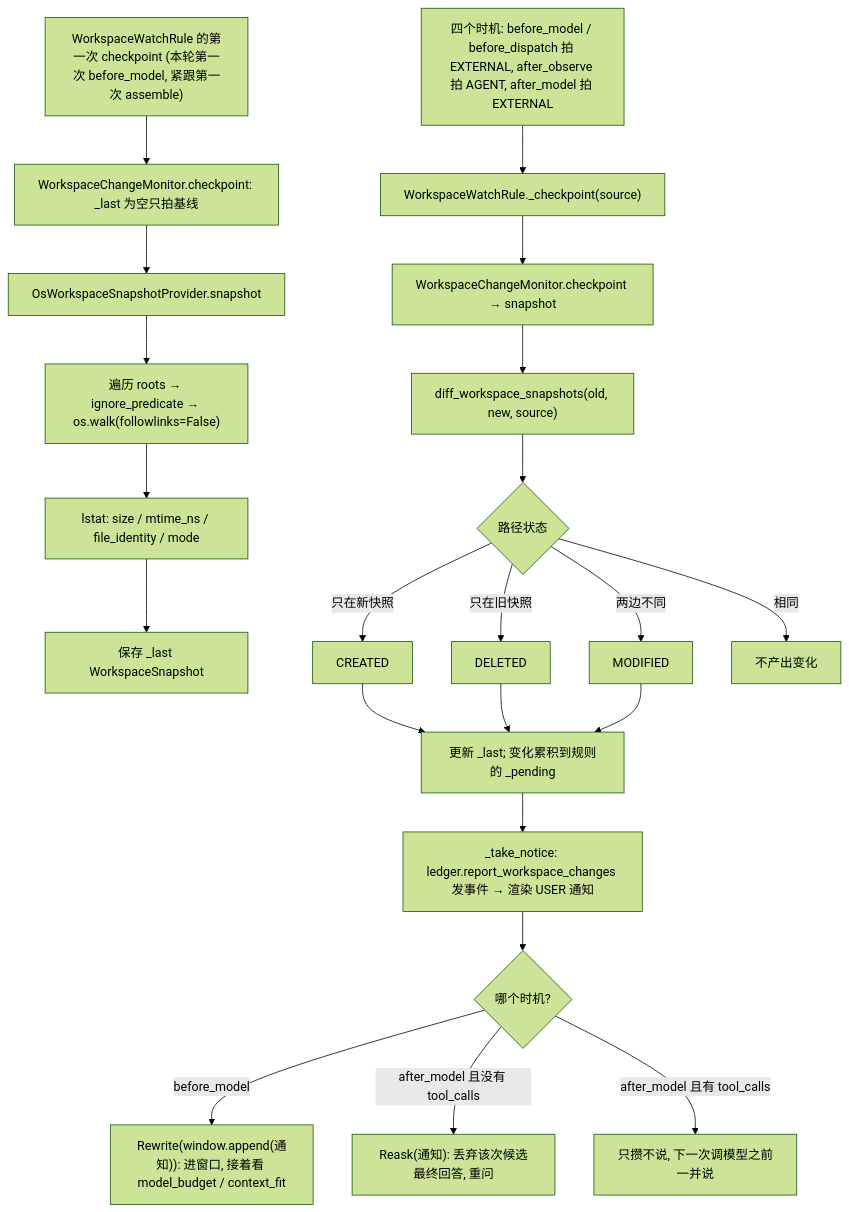
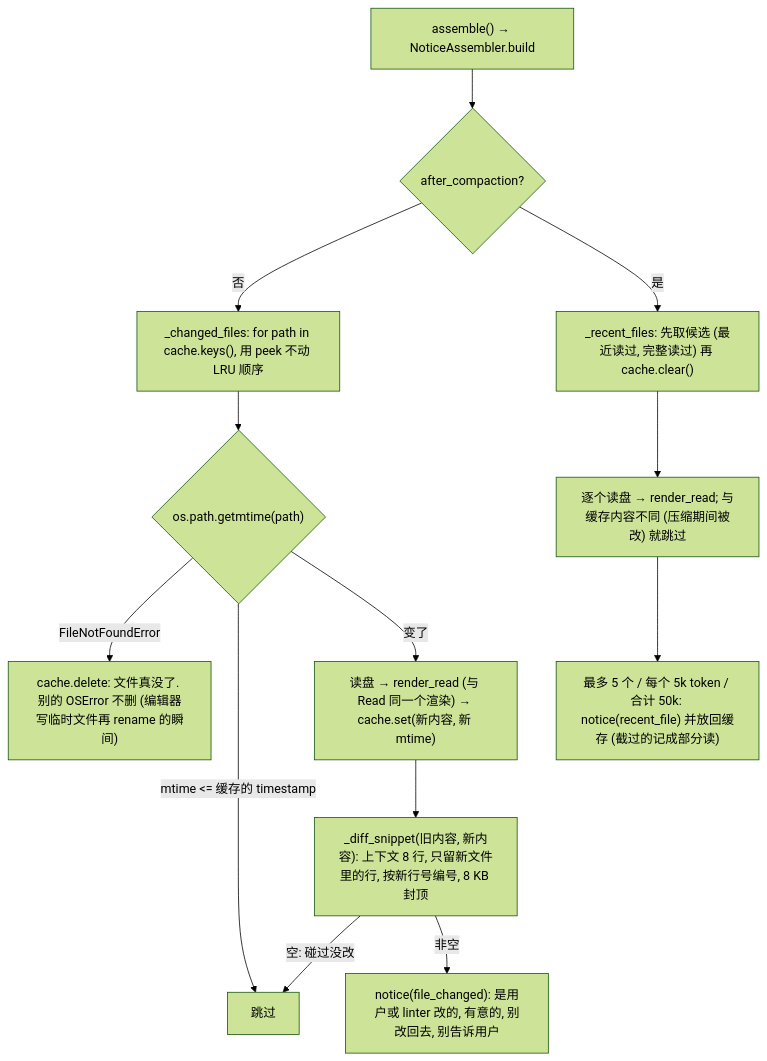
One commit to qubaolai/ForgeCLI changed diagram 18 of 53 in docs/06-代码阅读线路.md. Above: the diagram before and after it, drawn with Mermaid (forest theme). The commit also changed other lines of this file and 54 other files, not shown here.

````diff
--- a/docs/06-代码阅读线路.md
+++ b/docs/06-代码阅读线路.md
@@ -803,24 +804,15 @@
 ```mermaid
 flowchart TD
-    A["WorkspaceWatchRule 的第一次 checkpoint (本轮第一次 before_model, 紧跟第一次 assemble)"] --> B["WorkspaceChangeMonitor.checkpoint: _last 为空只拍基线"]
-    B --> C["OsWorkspaceSnapshotProvider.snapshot"]
-    C --> D["遍历 roots → ignore_predicate → os.walk(followlinks=False)"]
-    D --> E["lstat: size / mtime_ns / file_identity / mode"]
-    E --> F["保存 _last WorkspaceSnapshot"]
-    G["四个时机: before_model / before_dispatch 拍 EXTERNAL, after_observe 拍 AGENT, after_model 拍 EXTERNAL"] --> H["WorkspaceWatchRule._checkpoint(source)"]
-    H --> I["WorkspaceChangeMonitor.checkpoint → snapshot"]
-    I --> J["diff_workspace_snapshots(old, new, source)"]
-    J --> K{"路径状态"}
-    K -->|只在新快照| L["CREATED"]
-    K -->|只在旧快照| M["DELETED"]
-    K -->|两边不同| N["MODIFIED"]
-    K -->|相同| O["不产出变化"]
-    L --> P["更新 _last; 变化累积到规则的 _pending"]
-    M --> P
-    N --> P
-    P --> Q["_take_notice: ledger.report_workspace_changes 发事件 → 渲染 USER 通知"]
-    Q --> R{"哪个时机?"}
-    R -->|before_model| S["Rewrite(window.append(通知)): 进窗口, 接着看 model_budget / context_fit"]
-    R -->|after_model 且没有 tool_calls| T["Reask(通知): 丢弃该次候选最终回答, 重问"]
-    R -->|after_model 且有 tool_calls| U["只攒不说, 下一次调模型之前一并说"]
+    A["assemble() → NoticeAssembler.build"] --> B{"after_compaction?"}
+    B -->|否| C["_changed_files: for path in cache.keys(), 用 peek 不动 LRU 顺序"]
+    C --> D{"os.path.getmtime(path)"}
+    D -->|FileNotFoundError| E["cache.delete: 文件真没了. 别的 OSError 不删 (编辑器写临时文件再 rename 的瞬间)"]
+    D -->|mtime <= 缓存的 timestamp| F["跳过"]
+    D -->|变了| G["读盘 → render_read (与 Read 同一个渲染) → cache.set(新内容, 新 mtime)"]
+    G --> H["_diff_snippet(旧内容, 新内容): 上下文 8 行, 只留新文件里的行, 按新行号编号, 8 KB 封顶"]
+    H -->|空: 碰过没改| F
+    H -->|非空| I["notice(file_changed): 是用户或 linter 改的, 有意的, 别改回去, 别告诉用户"]
+    B -->|是| J["_recent_files: 先取候选 (最近读过, 完整读过) 再 cache.clear()"]
+    J --> K["逐个读盘 → render_read; 与缓存内容不同 (压缩期间被改) 就跳过"]
+    K --> L["最多 5 个 / 每个 5k token / 合计 50k: notice(recent_file) 并放回缓存 (截过的记成部分读)"]
 ```
````
